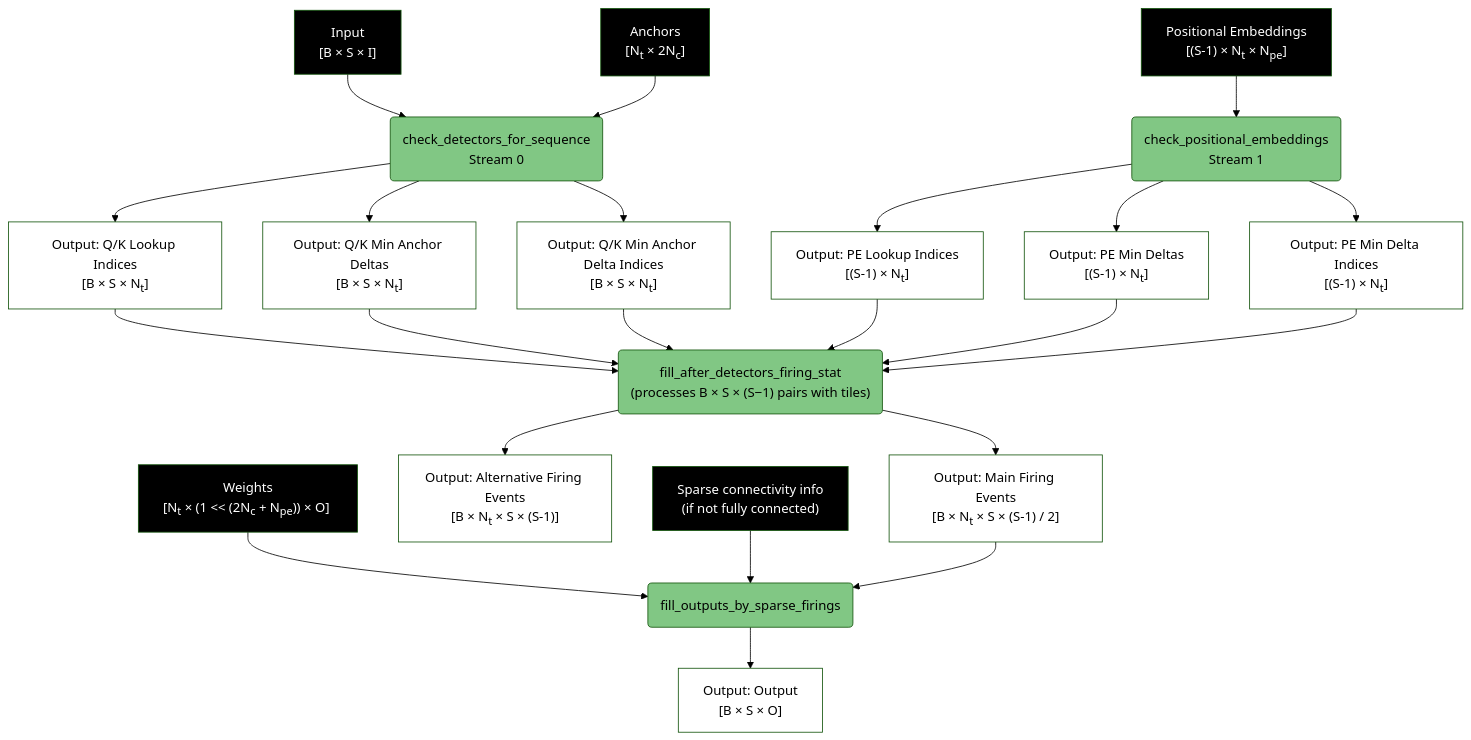
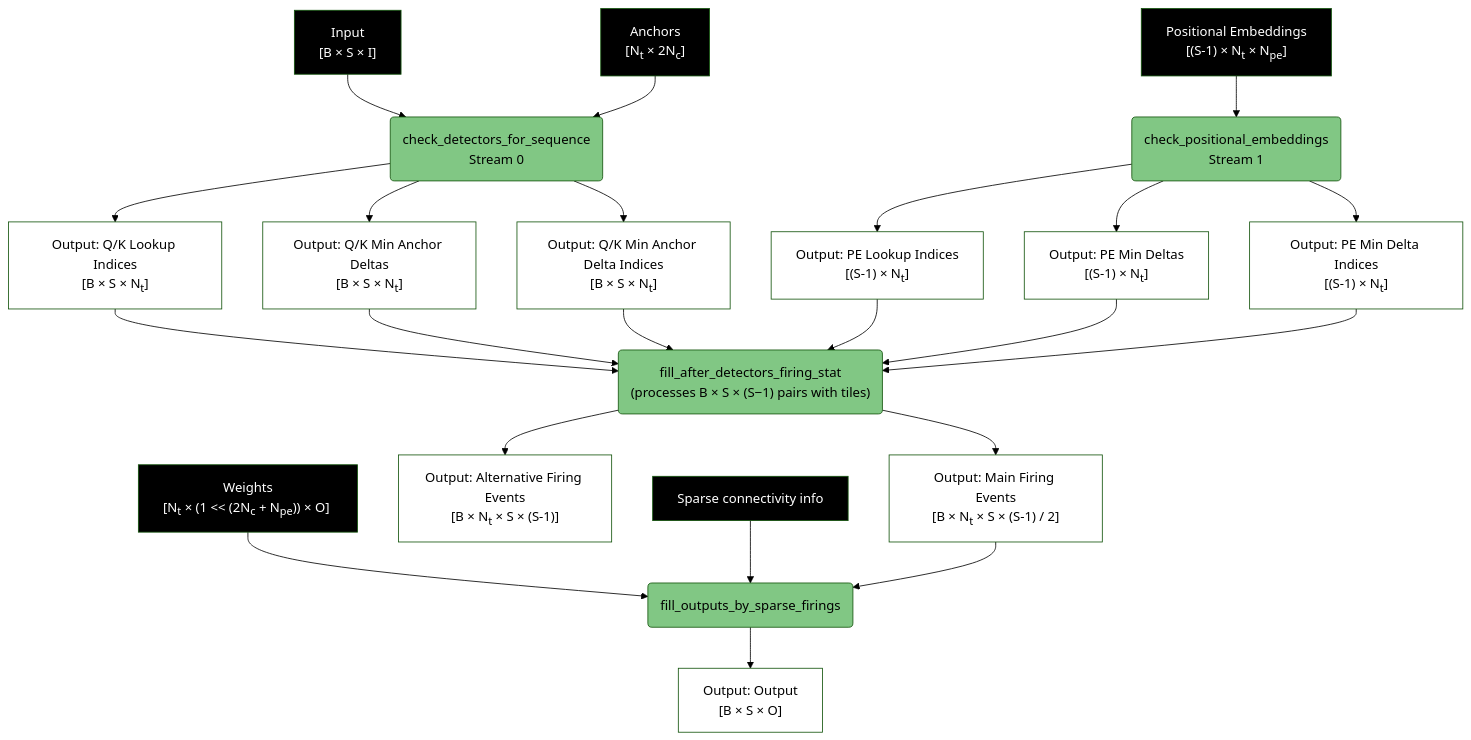
One commit to anatoli-starostin/spiky changed the sixth of 8 diagrams in spiky_cuda/lut/doc/LUT_RUNTIME_DATA_FLOW.md. Above: the diagram before and after it, drawn with Mermaid (forest theme). The commit also changed other lines of this file and 5 other files, not shown here.

````diff
--- a/spiky_cuda/lut/doc/LUT_RUNTIME_DATA_FLOW.md
+++ b/spiky_cuda/lut/doc/LUT_RUNTIME_DATA_FLOW.md
@@ -166,49 +209,49 @@
 ```mermaid
 flowchart TD
     A["Input<br/>[B × S × I]"] --> B("check_detectors_for_sequence<br/>Stream 0")
     D5["Anchors<br/>[N<sub>t</sub> × 2N<sub>c</sub>]"] --> B
     C["Positional Embeddings<br/>[(S-1) × N<sub>t</sub> × N<sub>pe</sub>]"] --> D("check_positional_embeddings<br/>Stream 1")
     
     B --> E["Output: Q/K Lookup Indices<br/>[B × S × N<sub>t</sub>]"]
     B --> F["Output: Q/K Min Anchor Deltas<br/>[B × S × N<sub>t</sub>]"]
     B --> G["Output: Q/K Min Anchor Delta Indices<br/>[B&nbsp;×&nbsp;S&nbsp;×&nbsp;N<sub>t</sub>]"]
     
     D --> H["Output: PE Lookup Indices<br/>[(S-1) × N<sub>t</sub>]"]
     D --> I["Output: PE Min Deltas<br/>[(S-1) × N<sub>t</sub>]"]
     D --> J["Output: PE Min Delta Indices<br/>[(S-1) × N<sub>t</sub>]"]
     
     E --> K("fill_after_detectors_firing_stat<br/>(processes&nbsp;B&nbsp;×&nbsp;S&nbsp;×&nbsp;(S&minus;1)&nbsp;pairs&nbsp;with&nbsp;tiles)")
     F --> K
     G --> K
     H --> K
     I --> K
     J --> K
     
     K --> N["Output: Main Firing Events<br/>[B × N<sub>t</sub> × S × (S-1) / 2]"]
     K --> O["Output: Alternative Firing Events<br/>[B × N<sub>t</sub> × S × (S-1)]"]
     
     W5["Weights<br/>[N<sub>t</sub>&nbsp;×&nbsp;(1&nbsp;<<&nbsp;(2N<sub>c</sub>&nbsp;+&nbsp;N<sub>pe</sub>))&nbsp;×&nbsp;O]&nbsp;"] --> P(fill_outputs_by_sparse_firings)
-    SC3["Sparse connectivity info<br/>(if not fully connected)"] --> P
+    SC3["Sparse connectivity info"] --> P
     N --> P
     
     P --> Q["Output: Output<br/>[B × S × O]"]
     
     style B fill:#81c784,color:#000000
     style D fill:#81c784,color:#000000
     style K fill:#81c784,color:#000000
     style P fill:#81c784,color:#000000
     style A fill:#000000,color:#ffffff
     style C fill:#000000,color:#ffffff
     style D5 fill:#000000,color:#ffffff
     style SC3 fill:#000000,color:#ffffff
     style W5 fill:#000000,color:#ffffff
     style E fill:#ffffff,color:#000000
     style F fill:#ffffff,color:#000000
     style G fill:#ffffff,color:#000000
     style H fill:#ffffff,color:#000000
     style I fill:#ffffff,color:#000000
     style J fill:#ffffff,color:#000000
     style N fill:#ffffff,color:#000000
     style O fill:#ffffff,color:#000000
     style Q fill:#ffffff,color:#000000
 ```
````
